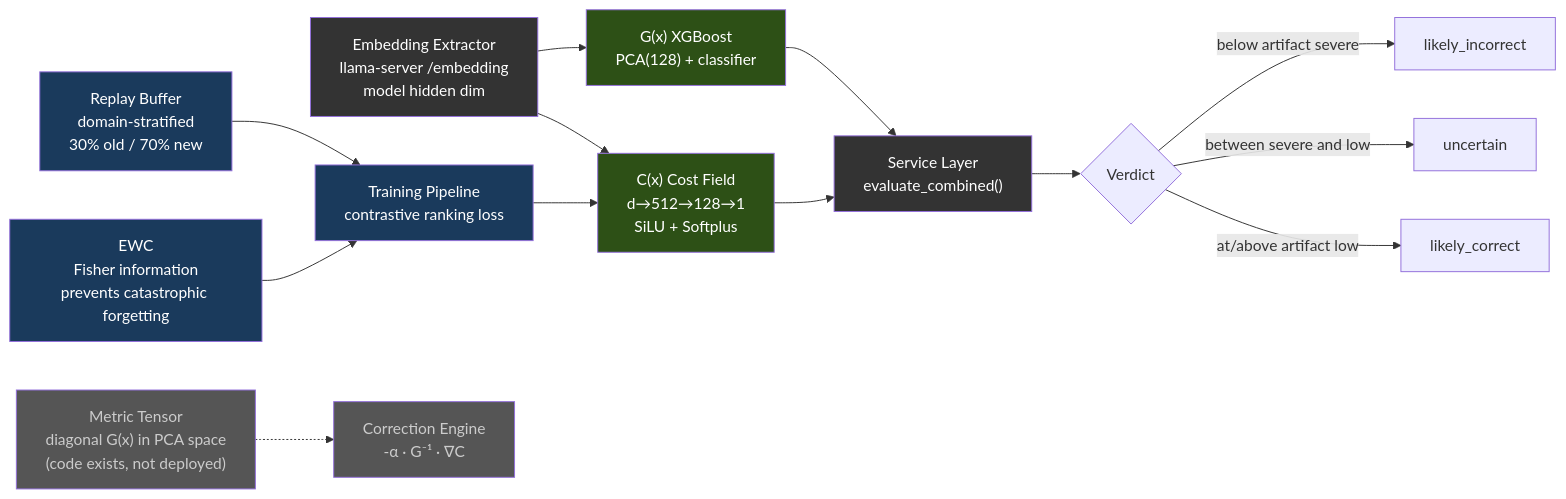
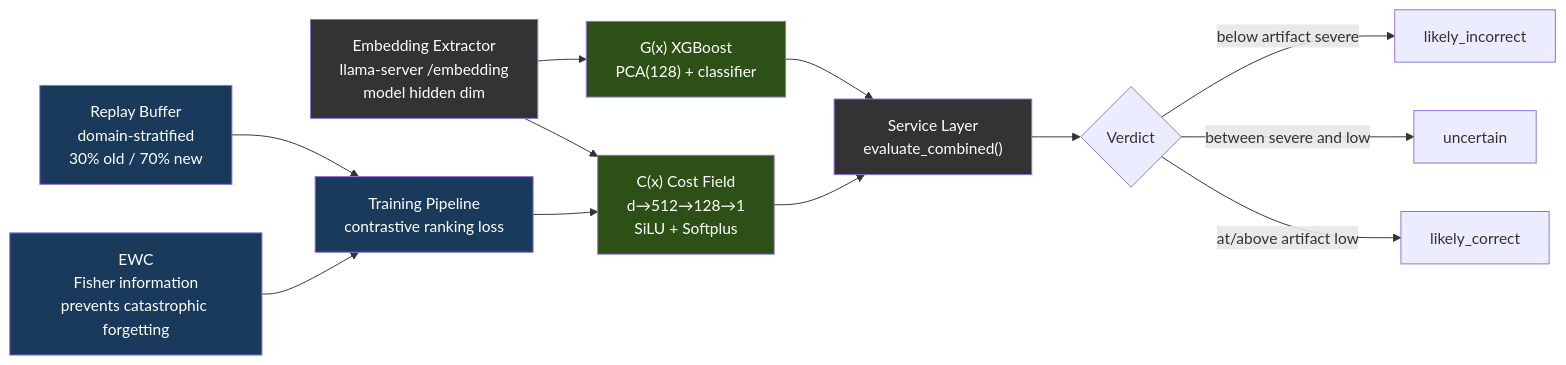
The fifth of 11 diagrams in docs/ARCHITECTURE.md (itigges22/ATLAS), drawn with Mermaid before and after one commit. The commit also changed other lines of this file and 5 other files, not shown here.

````diff
--- a/docs/ARCHITECTURE.md
+++ b/docs/ARCHITECTURE.md
@@ -430,27 +423,23 @@
 ```mermaid
 graph LR
     EE["Embedding Extractor\nllama-server /embedding\nmodel hidden dim"] --> CX["C(x) Cost Field\nd→512→128→1\nSiLU + Softplus"]
     EE --> GX["G(x) XGBoost\nPCA(128) + classifier"]
     CX --> SVC["Service Layer\nevaluate_combined()"]
     GX --> SVC
     SVC --> V{"Verdict"}
     V -->|"at/above artifact low"| LC["likely_correct"]
     V -->|"between severe and low"| UN["uncertain"]
     V -->|"below artifact severe"| LI["likely_incorrect"]
 
     TR["Training Pipeline\ncontrastive ranking loss"] --> CX
     EWC["EWC\nFisher information\nprevents catastrophic forgetting"] --> TR
     RB["Replay Buffer\ndomain-stratified\n30% old / 70% new"] --> TR
 
-    MT["Metric Tensor\ndiagonal G(x) in PCA space\n(code exists, not deployed)"] -.-> CORR["Correction Engine\n-α · G⁻¹ · ∇C"]
-
     style EE fill:#333,color:#fff
     style CX fill:#2d5016,color:#fff
     style GX fill:#2d5016,color:#fff
     style SVC fill:#333,color:#fff
     style TR fill:#1a3a5c,color:#fff
     style EWC fill:#1a3a5c,color:#fff
     style RB fill:#1a3a5c,color:#fff
-    style MT fill:#555,color:#ccc
-    style CORR fill:#555,color:#ccc
 ```
````
